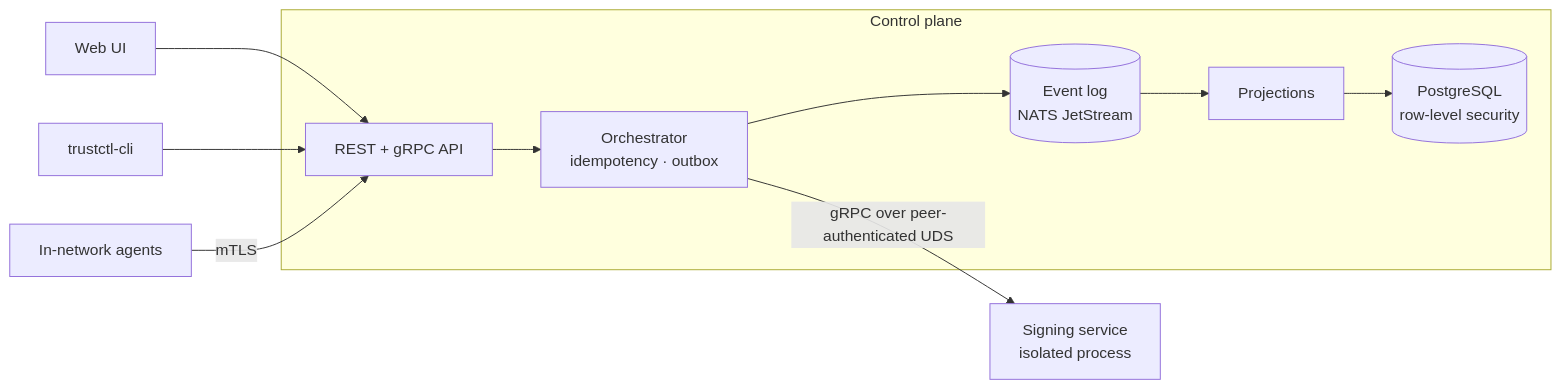
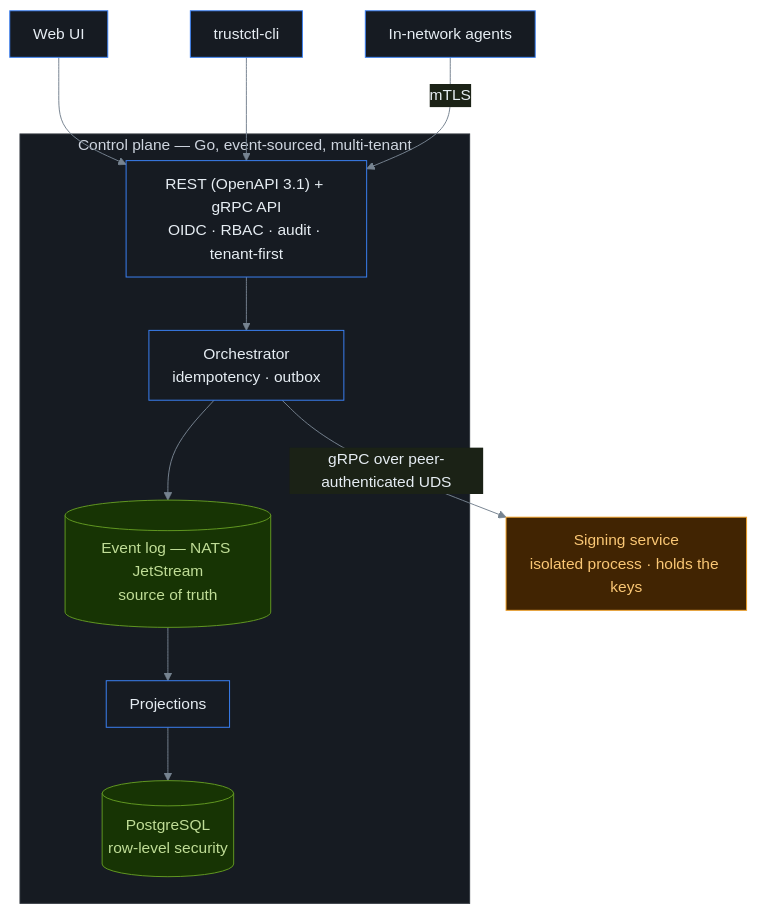
The diagram in README.md (imfeelingtheagi/trustctl), drawn with Mermaid before and after one commit. The commit also changed other lines of this file, not shown here.

````diff
--- a/README.md
+++ b/README.md
@@ -108,15 +204,21 @@
 ```mermaid
-flowchart LR
-  ui[Web UI] --> api
-  cli[trustctl-cli] --> api
-  agent[In-network agents] -- mTLS --> api
+%%{init: {'theme':'base','themeVariables':{'background':'transparent','primaryColor':'#161b22','primaryTextColor':'#e6edf3','primaryBorderColor':'#3b82f6','lineColor':'#768390','clusterBkg':'#161b22','clusterBorder':'#30363d','fontFamily':'ui-monospace, SFMono-Regular, Menlo, monospace'},'flowchart':{'curve':'basis','nodeSpacing':55,'rankSpacing':55,'padding':12}}}%%
+flowchart TB
+  ui["Web UI"] --> api
+  cli["trustctl-cli"] --> api
+  agent["In-network agents"] -- mTLS --> api
 
-  subgraph cp [Control plane]
-    api[REST + gRPC API] --> orch[Orchestrator<br/>idempotency · outbox]
-    orch --> log[(Event log<br/>NATS JetStream)]
-    log --> proj[Projections]
-    proj --> pg[(PostgreSQL<br/>row-level security)]
+  subgraph cp["Control plane — Go, event-sourced, multi-tenant"]
+    api["REST (OpenAPI 3.1) + gRPC API<br/>OIDC · RBAC · audit · tenant-first"] --> orch["Orchestrator<br/>idempotency · outbox"]
+    orch --> log[("Event log — NATS JetStream<br/>source of truth")]
+    log --> proj["Projections"]
+    proj --> pg[("PostgreSQL<br/>row-level security")]
   end
 
-  orch -- gRPC over peer-authenticated UDS --> signer[Signing service<br/>isolated process]
+  orch -- "gRPC over peer-authenticated UDS" --> signer["Signing service<br/>isolated process · holds the keys"]
+
+  classDef store fill:#173404,stroke:#639922,color:#C0DD97
+  classDef signer fill:#412402,stroke:#EF9F27,color:#FAC775
+  class log,pg store
+  class signer signer
 ```
````
